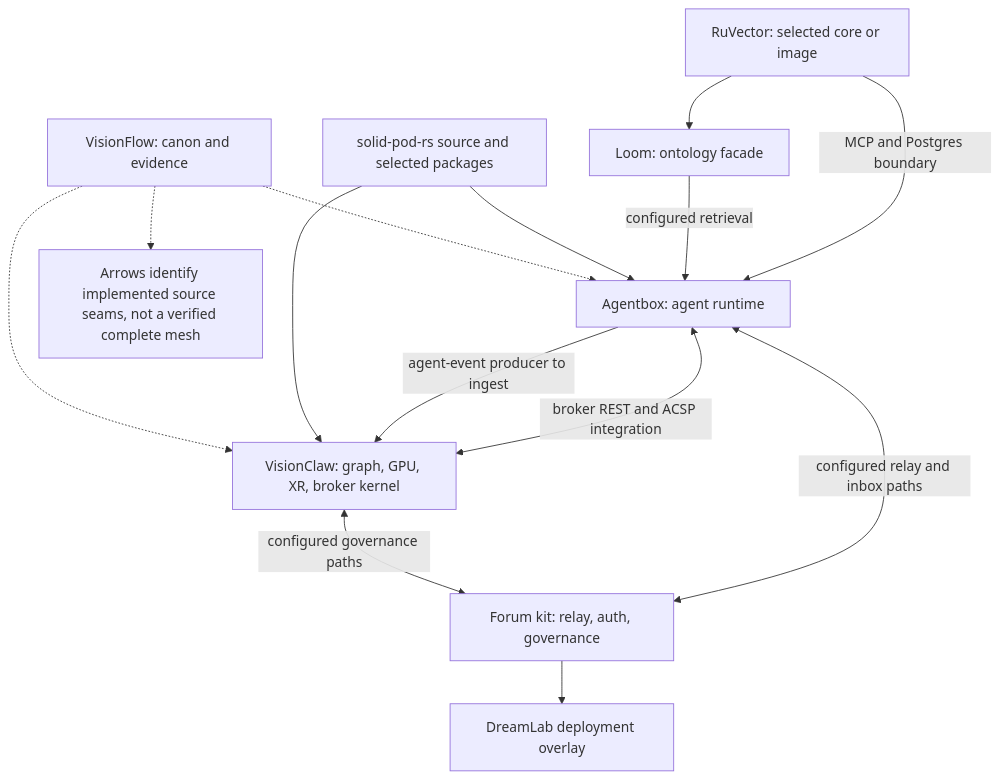
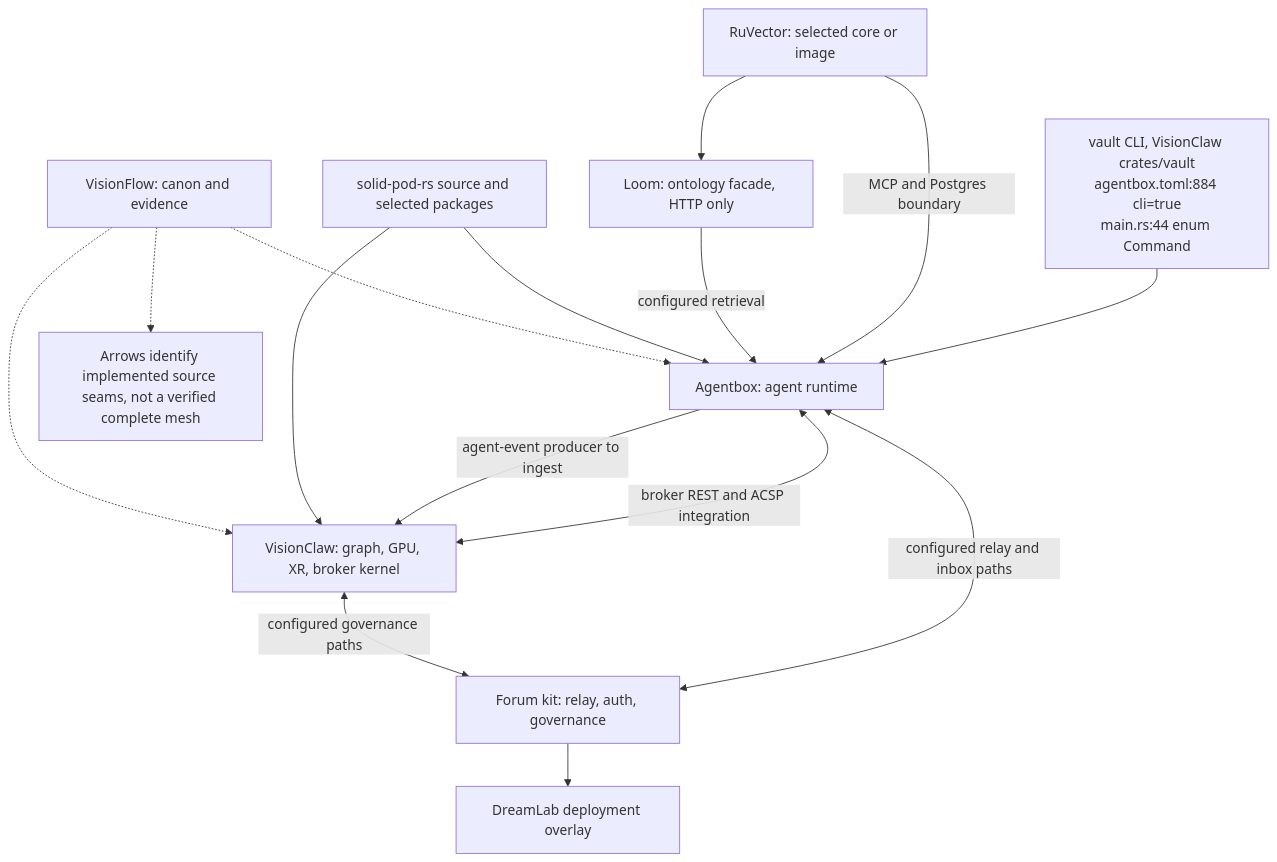
One commit to DreamLab-AI/VisionFlow changed the first of 6 diagrams in docs/diagrams/visionflow/08-compatibility-and-dependency-direction.md. Above: the diagram before and after it, drawn with Mermaid. The commit also changed other lines of this file and 136 other files, not shown here.

First line of the commit message:
docs(diagrams): refresh the whole corpus to code HEAD and prune low-value diagrams

````diff
--- a/docs/diagrams/visionflow/08-compatibility-and-dependency-direction.md
+++ b/docs/diagrams/visionflow/08-compatibility-and-dependency-direction.md
@@ -49,17 +37,18 @@
 ```mermaid
 flowchart TB
     VF["VisionFlow: canon and evidence"] -.-> VC["VisionClaw: graph, GPU, XR, broker kernel"]
     VF -.-> AB["Agentbox: agent runtime"]
     SPR["solid-pod-rs source and selected packages"] --> VC
     SPR --> AB
     NRF["Forum kit: relay, auth, governance"] --> DLW["DreamLab deployment overlay"]
     AB -->|agent-event producer to ingest| VC
     AB <-->|broker REST and ACSP integration| VC
     VC <-->|configured governance paths| NRF
     AB <-->|configured relay and inbox paths| NRF
-    LOOM["Loom: ontology facade"] -->|configured retrieval| AB
+    LOOM["Loom: ontology facade, HTTP only"] -->|configured retrieval| AB
     RV["RuVector: selected core or image"] --> LOOM
     RV -->|MCP and Postgres boundary| AB
+    VAULT["vault CLI, VisionClaw crates/vault<br/>agentbox.toml:884 cli=true<br/>main.rs:44 enum Command"] --> AB
     SCOPE["Arrows identify implemented source seams, not a verified complete mesh"]
     VF -.-> SCOPE
 ```
````
